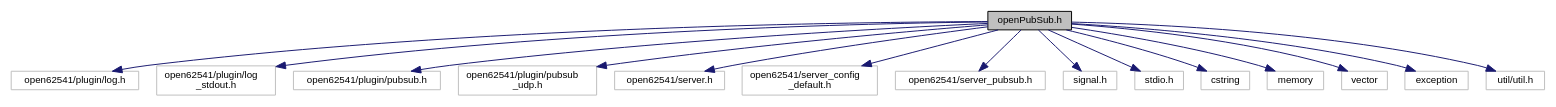
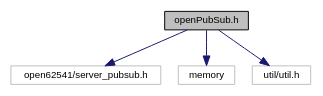
One commit to makreft/openPubSub changed the diagram in openPubSub_8h__incl.dot. Above: the diagram before and after it, drawn with Graphviz. The commit also changed 1 other file, not shown here.

```diff
--- a/openPubSub_8h__incl.dot
+++ b/openPubSub_8h__incl.dot
@@ -1,35 +1,13 @@
 digraph "openPubSub.h"
 {
  // LATEX_PDF_SIZE
   edge [fontname="Helvetica",fontsize="10",labelfontname="Helvetica",labelfontsize="10"];
   node [fontname="Helvetica",fontsize="10",shape=record];
   Node1 [label="openPubSub.h",height=0.2,width=0.4,color="black", fillcolor="grey75", style="filled", fontcolor="black",tooltip=" "];
   Node1 -> Node2 [color="midnightblue",fontsize="10",style="solid",fontname="Helvetica"];
-  Node2 [label="open62541/plugin/log.h",height=0.2,width=0.4,color="grey75", fillcolor="white", style="filled",tooltip=" "];
+  Node2 [label="open62541/server_pubsub.h",height=0.2,width=0.4,color="grey75", fillcolor="white", style="filled",tooltip=" "];
   Node1 -> Node3 [color="midnightblue",fontsize="10",style="solid",fontname="Helvetica"];
-  Node3 [label="open62541/plugin/log\l_stdout.h",height=0.2,width=0.4,color="grey75", fillcolor="white", style="filled",tooltip=" "];
+  Node3 [label="memory",height=0.2,width=0.4,color="grey75", fillcolor="white", style="filled",tooltip=" "];
   Node1 -> Node4 [color="midnightblue",fontsize="10",style="solid",fontname="Helvetica"];
-  Node4 [label="open62541/plugin/pubsub.h",height=0.2,width=0.4,color="grey75", fillcolor="white", style="filled",tooltip=" "];
-  Node1 -> Node5 [color="midnightblue",fontsize="10",style="solid",fontname="Helvetica"];
-  Node5 [label="open62541/plugin/pubsub\l_udp.h",height=0.2,width=0.4,color="grey75", fillcolor="white", style="filled",tooltip=" "];
-  Node1 -> Node6 [color="midnightblue",fontsize="10",style="solid",fontname="Helvetica"];
-  Node6 [label="open62541/server.h",height=0.2,width=0.4,color="grey75", fillcolor="white", style="filled",tooltip=" "];
-  Node1 -> Node7 [color="midnightblue",fontsize="10",style="solid",fontname="Helvetica"];
-  Node7 [label="open62541/server_config\l_default.h",height=0.2,width=0.4,color="grey75", fillcolor="white", style="filled",tooltip=" "];
-  Node1 -> Node8 [color="midnightblue",fontsize="10",style="solid",fontname="Helvetica"];
-  Node8 [label="open62541/server_pubsub.h",height=0.2,width=0.4,color="grey75", fillcolor="white", style="filled",tooltip=" "];
-  Node1 -> Node9 [color="midnightblue",fontsize="10",style="solid",fontname="Helvetica"];
-  Node9 [label="signal.h",height=0.2,width=0.4,color="grey75", fillcolor="white", style="filled",tooltip=" "];
-  Node1 -> Node10 [color="midnightblue",fontsize="10",style="solid",fontname="Helvetica"];
-  Node10 [label="stdio.h",height=0.2,width=0.4,color="grey75", fillcolor="white", style="filled",tooltip=" "];
-  Node1 -> Node11 [color="midnightblue",fontsize="10",style="solid",fontname="Helvetica"];
-  Node11 [label="cstring",height=0.2,width=0.4,color="grey75", fillcolor="white", style="filled",tooltip=" "];
-  Node1 -> Node12 [color="midnightblue",fontsize="10",style="solid",fontname="Helvetica"];
-  Node12 [label="memory",height=0.2,width=0.4,color="grey75", fillcolor="white", style="filled",tooltip=" "];
-  Node1 -> Node13 [color="midnightblue",fontsize="10",style="solid",fontname="Helvetica"];
-  Node13 [label="vector",height=0.2,width=0.4,color="grey75", fillcolor="white", style="filled",tooltip=" "];
-  Node1 -> Node14 [color="midnightblue",fontsize="10",style="solid",fontname="Helvetica"];
-  Node14 [label="exception",height=0.2,width=0.4,color="grey75", fillcolor="white", style="filled",tooltip=" "];
-  Node1 -> Node15 [color="midnightblue",fontsize="10",style="solid",fontname="Helvetica"];
-  Node15 [label="util/util.h",height=0.2,width=0.4,color="grey75", fillcolor="white", style="filled",tooltip=" "];
+  Node4 [label="util/util.h",height=0.2,width=0.4,color="grey75", fillcolor="white", style="filled",tooltip=" "];
 }
```
